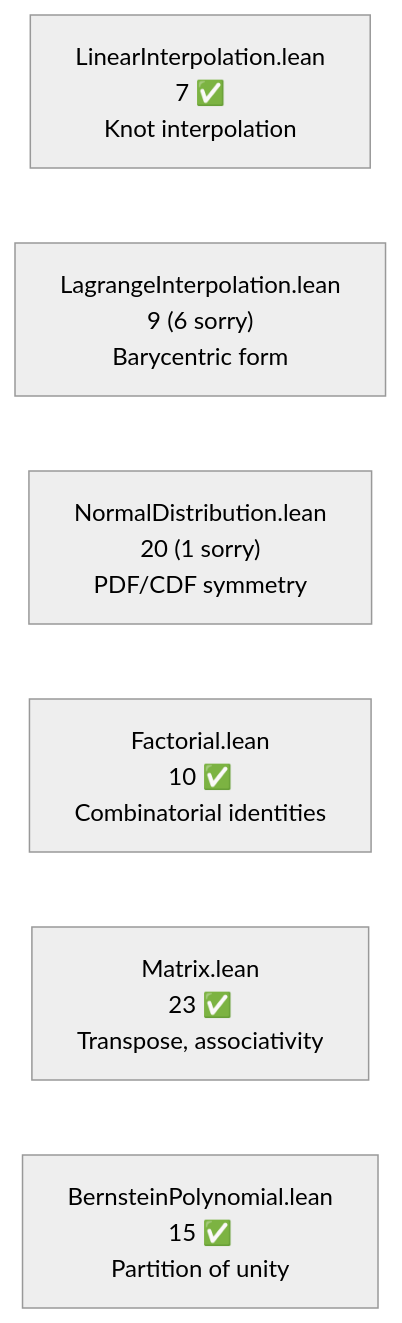
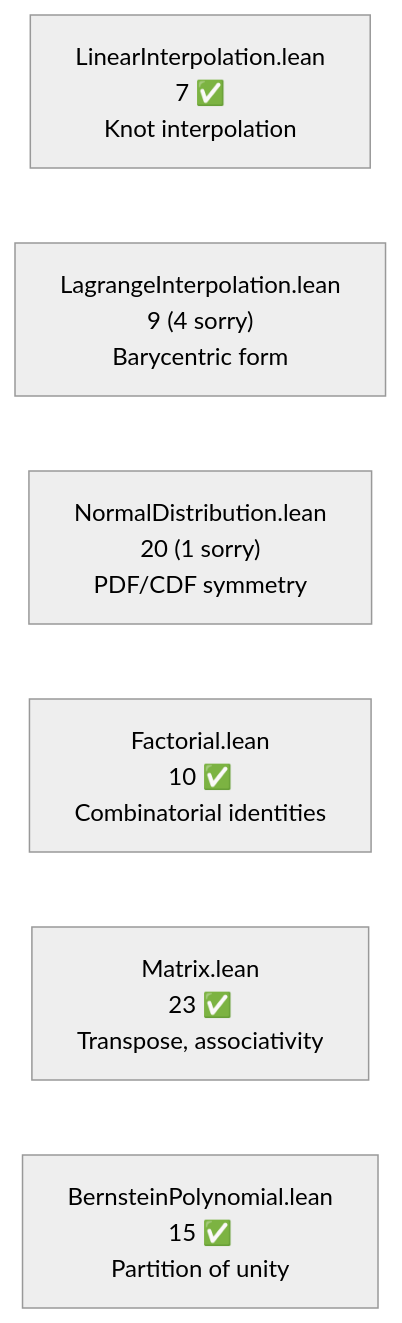
Before and after one commit to dsyme/QuantLib: the fourth of 8 diagrams in formal-verification/REPORT.md, drawn with Mermaid (neutral theme). The commit also changed other lines of this file, not shown here.

First line of the commit message:
docs(fv): update REPORT.md — reflect 8 sorry (down from 10)

````diff
--- a/formal-verification/REPORT.md
+++ b/formal-verification/REPORT.md
@@ -104,9 +104,9 @@
 ```mermaid
 graph LR
     F1["LinearInterpolation.lean<br/>7 ✅<br/>Knot interpolation"]
-    F2["LagrangeInterpolation.lean<br/>9 (6 sorry)<br/>Barycentric form"]
+    F2["LagrangeInterpolation.lean<br/>9 (4 sorry)<br/>Barycentric form"]
     F3["NormalDistribution.lean<br/>20 (1 sorry)<br/>PDF/CDF symmetry"]
     F4["Factorial.lean<br/>10 ✅<br/>Combinatorial identities"]
     F5["Matrix.lean<br/>23 ✅<br/>Transpose, associativity"]
     F6["BernsteinPolynomial.lean<br/>15 ✅<br/>Partition of unity"]
 ```
````
